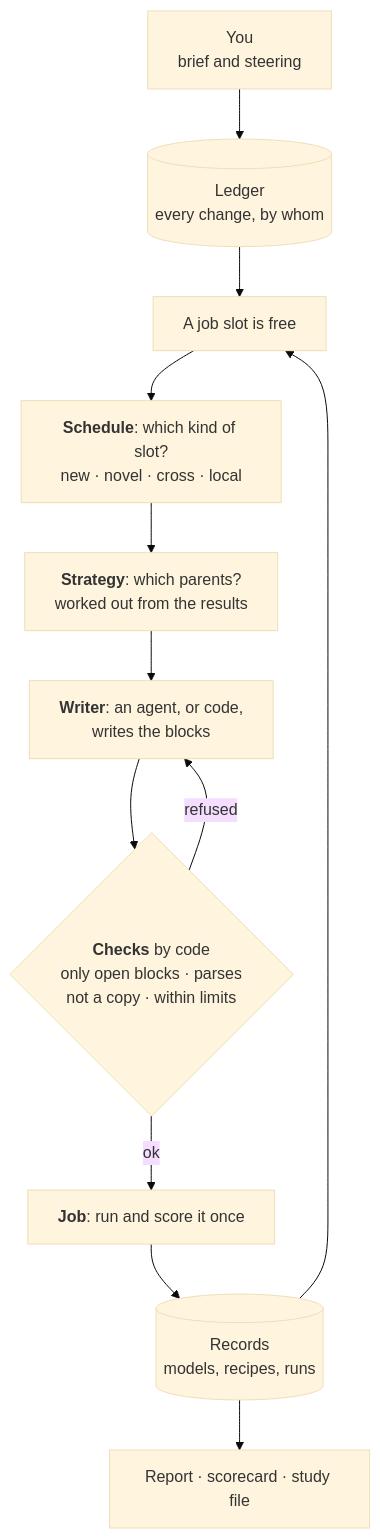
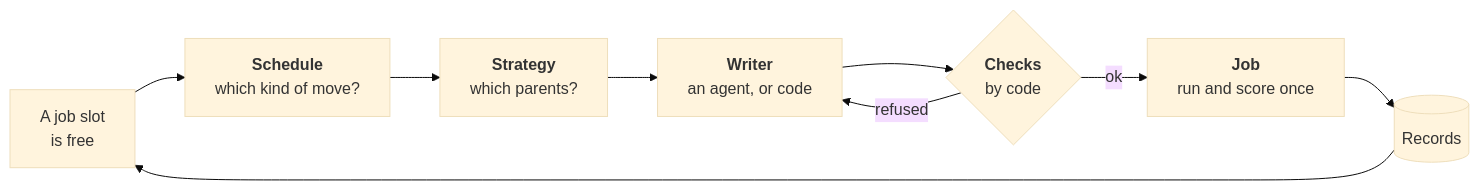
Before and after one commit to cameo-db/evoloop: the diagram in README.md, drawn with Mermaid (base theme). The commit also changed other lines of this file and 50 other files, not shown here.

````diff
--- a/README.md
+++ b/README.md
@@ -54,14 +85,11 @@
 ```mermaid
-flowchart TD
-    You["You<br>brief and steering"] --> Ledger[("Ledger<br>every change, by whom")]
-    Ledger --> Slot["A job slot is free"]
-    Slot --> Schedule["<b>Schedule</b>: which kind of slot?<br>new · novel · cross · local"]
-    Schedule --> Strategy["<b>Strategy</b>: which parents?<br>worked out from the results"]
-    Strategy --> Writer["<b>Writer</b>: an agent, or code,<br>writes the blocks"]
-    Writer --> Checks{"<b>Checks</b> by code<br>only open blocks · parses<br>not a copy · within limits"}
+flowchart LR
+    Slot["A job slot<br>is free"] --> Schedule["<b>Schedule</b><br>which kind of move?"]
+    Schedule --> Strategy["<b>Strategy</b><br>which parents?"]
+    Strategy --> Writer["<b>Writer</b><br>an agent, or code"]
+    Writer --> Checks{"<b>Checks</b><br>by code"}
+    Checks -- ok --> Job["<b>Job</b><br>run and score once"]
     Checks -- refused --> Writer
-    Checks -- ok --> Job["<b>Job</b>: run and score it once"]
-    Job --> Records[("Records<br>models, recipes, runs")]
+    Job --> Records[("Records")]
     Records --> Slot
-    Records --> Out["Report · scorecard · study file"]
 ```
````
